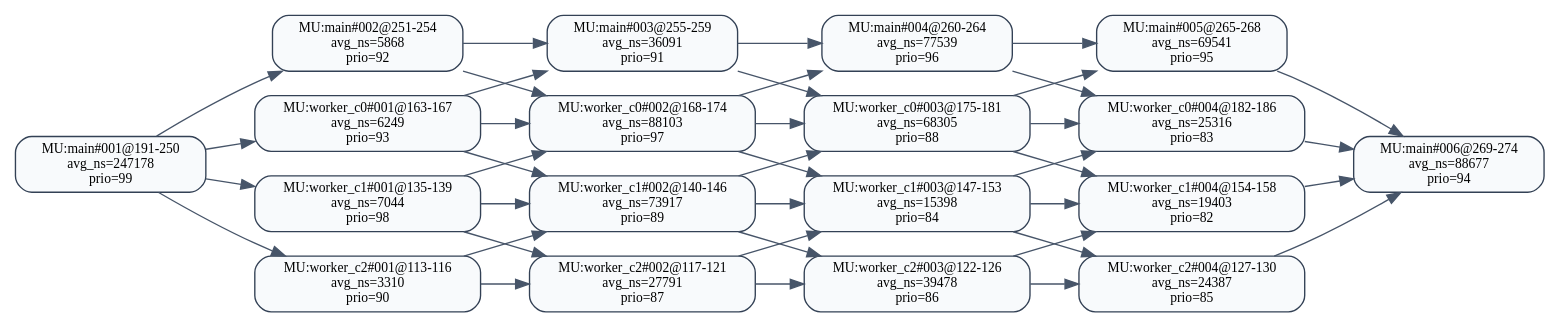
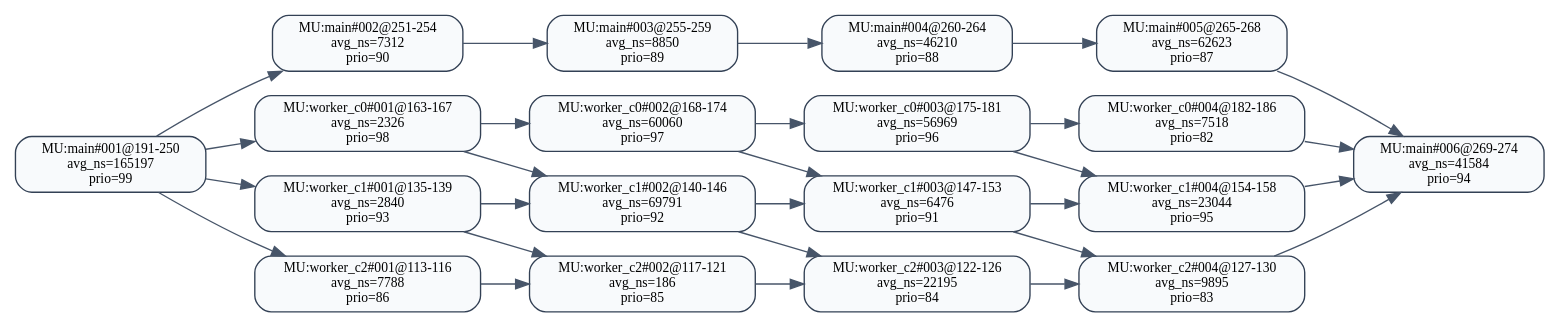
The diagram in 中间结果/zhang3/pipeline/validation/level2/effective_line_merge/zhao2020/dag_seg_annotated.dot (RTS-SYSU/DAG-Gen), drawn with Graphviz before and after one commit. The commit also changed 2419 other files, not shown here.

```diff
--- a/中间结果/zhang3/pipeline/validation/level2/effective_line_merge/zhao2020/dag_seg_annotated.dot
+++ b/中间结果/zhang3/pipeline/validation/level2/effective_line_merge/zhao2020/dag_seg_annotated.dot
@@ -1,61 +1,49 @@
 digraph dag_seg_annotated {
   rankdir=LR;
   node [shape=box, style="rounded,filled", fillcolor="#F8FAFC", color="#334155", fontsize=10];
   edge [color="#475569"];
-  "MU:main#001@191-250" [label="MU:main#001@191-250\navg_ns=247178\nprio=99"];
-  "MU:main#002@251-254" [label="MU:main#002@251-254\navg_ns=5868\nprio=92"];
-  "MU:main#003@255-259" [label="MU:main#003@255-259\navg_ns=36091\nprio=91"];
-  "MU:main#004@260-264" [label="MU:main#004@260-264\navg_ns=77539\nprio=96"];
-  "MU:main#005@265-268" [label="MU:main#005@265-268\navg_ns=69541\nprio=95"];
-  "MU:main#006@269-274" [label="MU:main#006@269-274\navg_ns=88677\nprio=94"];
-  "MU:worker_c0#001@163-167" [label="MU:worker_c0#001@163-167\navg_ns=6249\nprio=93"];
-  "MU:worker_c0#002@168-174" [label="MU:worker_c0#002@168-174\navg_ns=88103\nprio=97"];
-  "MU:worker_c0#003@175-181" [label="MU:worker_c0#003@175-181\navg_ns=68305\nprio=88"];
-  "MU:worker_c0#004@182-186" [label="MU:worker_c0#004@182-186\navg_ns=25316\nprio=83"];
-  "MU:worker_c1#001@135-139" [label="MU:worker_c1#001@135-139\navg_ns=7044\nprio=98"];
-  "MU:worker_c1#002@140-146" [label="MU:worker_c1#002@140-146\navg_ns=73917\nprio=89"];
-  "MU:worker_c1#003@147-153" [label="MU:worker_c1#003@147-153\navg_ns=15398\nprio=84"];
-  "MU:worker_c1#004@154-158" [label="MU:worker_c1#004@154-158\navg_ns=19403\nprio=82"];
-  "MU:worker_c2#001@113-116" [label="MU:worker_c2#001@113-116\navg_ns=3310\nprio=90"];
-  "MU:worker_c2#002@117-121" [label="MU:worker_c2#002@117-121\navg_ns=27791\nprio=87"];
-  "MU:worker_c2#003@122-126" [label="MU:worker_c2#003@122-126\navg_ns=39478\nprio=86"];
-  "MU:worker_c2#004@127-130" [label="MU:worker_c2#004@127-130\navg_ns=24387\nprio=85"];
+  "MU:main#001@191-250" [label="MU:main#001@191-250\navg_ns=165197\nprio=99"];
+  "MU:main#002@251-254" [label="MU:main#002@251-254\navg_ns=7312\nprio=90"];
+  "MU:main#003@255-259" [label="MU:main#003@255-259\navg_ns=8850\nprio=89"];
+  "MU:main#004@260-264" [label="MU:main#004@260-264\navg_ns=46210\nprio=88"];
+  "MU:main#005@265-268" [label="MU:main#005@265-268\navg_ns=62623\nprio=87"];
+  "MU:main#006@269-274" [label="MU:main#006@269-274\navg_ns=41584\nprio=94"];
+  "MU:worker_c0#001@163-167" [label="MU:worker_c0#001@163-167\navg_ns=2326\nprio=98"];
+  "MU:worker_c0#002@168-174" [label="MU:worker_c0#002@168-174\navg_ns=60060\nprio=97"];
+  "MU:worker_c0#003@175-181" [label="MU:worker_c0#003@175-181\navg_ns=56969\nprio=96"];
+  "MU:worker_c0#004@182-186" [label="MU:worker_c0#004@182-186\navg_ns=7518\nprio=82"];
+  "MU:worker_c1#001@135-139" [label="MU:worker_c1#001@135-139\navg_ns=2840\nprio=93"];
+  "MU:worker_c1#002@140-146" [label="MU:worker_c1#002@140-146\navg_ns=69791\nprio=92"];
+  "MU:worker_c1#003@147-153" [label="MU:worker_c1#003@147-153\navg_ns=6476\nprio=91"];
+  "MU:worker_c1#004@154-158" [label="MU:worker_c1#004@154-158\navg_ns=23044\nprio=95"];
+  "MU:worker_c2#001@113-116" [label="MU:worker_c2#001@113-116\navg_ns=7788\nprio=86"];
+  "MU:worker_c2#002@117-121" [label="MU:worker_c2#002@117-121\navg_ns=186\nprio=85"];
+  "MU:worker_c2#003@122-126" [label="MU:worker_c2#003@122-126\navg_ns=22195\nprio=84"];
+  "MU:worker_c2#004@127-130" [label="MU:worker_c2#004@127-130\navg_ns=9895\nprio=83"];
   "MU:worker_c2#001@113-116" -> "MU:worker_c2#002@117-121";
   "MU:worker_c2#002@117-121" -> "MU:worker_c2#003@122-126";
   "MU:worker_c2#003@122-126" -> "MU:worker_c2#004@127-130";
   "MU:worker_c1#001@135-139" -> "MU:worker_c1#002@140-146";
   "MU:worker_c1#002@140-146" -> "MU:worker_c1#003@147-153";
   "MU:worker_c1#003@147-153" -> "MU:worker_c1#004@154-158";
   "MU:worker_c0#001@163-167" -> "MU:worker_c0#002@168-174";
   "MU:worker_c0#002@168-174" -> "MU:worker_c0#003@175-181";
   "MU:worker_c0#003@175-181" -> "MU:worker_c0#004@182-186";
   "MU:main#001@191-250" -> "MU:main#002@251-254";
   "MU:main#002@251-254" -> "MU:main#003@255-259";
   "MU:main#003@255-259" -> "MU:main#004@260-264";
   "MU:main#004@260-264" -> "MU:main#005@265-268";
   "MU:main#005@265-268" -> "MU:main#006@269-274";
   "MU:main#001@191-250" -> "MU:worker_c0#001@163-167";
   "MU:main#001@191-250" -> "MU:worker_c1#001@135-139";
   "MU:main#001@191-250" -> "MU:worker_c2#001@113-116";
   "MU:worker_c0#004@182-186" -> "MU:main#006@269-274";
   "MU:worker_c1#004@154-158" -> "MU:main#006@269-274";
   "MU:worker_c2#004@127-130" -> "MU:main#006@269-274";
-  "MU:worker_c2#001@113-116" -> "MU:worker_c1#002@140-146";
   "MU:worker_c1#001@135-139" -> "MU:worker_c2#002@117-121";
-  "MU:worker_c2#002@117-121" -> "MU:worker_c1#003@147-153";
   "MU:worker_c1#002@140-146" -> "MU:worker_c2#003@122-126";
-  "MU:worker_c2#003@122-126" -> "MU:worker_c1#004@154-158";
   "MU:worker_c1#003@147-153" -> "MU:worker_c2#004@127-130";
-  "MU:worker_c1#001@135-139" -> "MU:worker_c0#002@168-174";
   "MU:worker_c0#001@163-167" -> "MU:worker_c1#002@140-146";
-  "MU:worker_c1#002@140-146" -> "MU:worker_c0#003@175-181";
   "MU:worker_c0#002@168-174" -> "MU:worker_c1#003@147-153";
-  "MU:worker_c1#003@147-153" -> "MU:worker_c0#004@182-186";
   "MU:worker_c0#003@175-181" -> "MU:worker_c1#004@154-158";
-  "MU:worker_c0#001@163-167" -> "MU:main#003@255-259";
-  "MU:main#002@251-254" -> "MU:worker_c0#002@168-174";
-  "MU:worker_c0#002@168-174" -> "MU:main#004@260-264";
-  "MU:main#003@255-259" -> "MU:worker_c0#003@175-181";
-  "MU:worker_c0#003@175-181" -> "MU:main#005@265-268";
-  "MU:main#004@260-264" -> "MU:worker_c0#004@182-186";
 }
```
